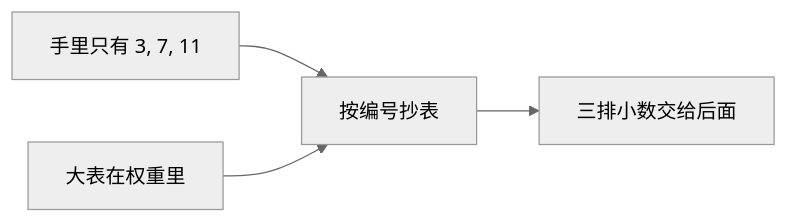
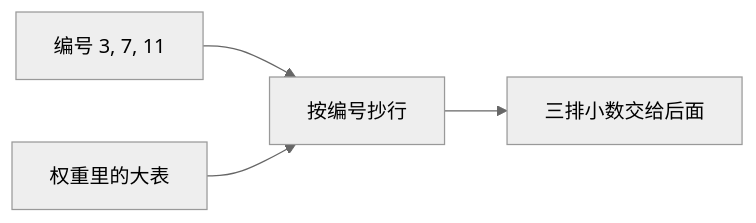
One commit to chaxus/arche changed the diagram in web/src/content/beginner/cn/embedding.md. Above: the diagram before and after it, drawn with Mermaid (neutral theme). The commit also changed other lines of this file and 3 other files, not shown here.

````diff
--- a/web/src/content/beginner/cn/embedding.md
+++ b/web/src/content/beginner/cn/embedding.md
@@ -51,6 +33,6 @@
 ```mermaid
 flowchart LR
-  ids["手里只有 3, 7, 11"] --> copy[按编号抄表]
-  table[大表在权重里] --> copy
-  copy --> nums["三排小数交给后面"]
+  ids["编号 3, 7, 11"] --> copy[按编号抄行]
+  table[权重里的大表] --> copy
+  copy --> nums[三排小数交给后面]
 ```
````
